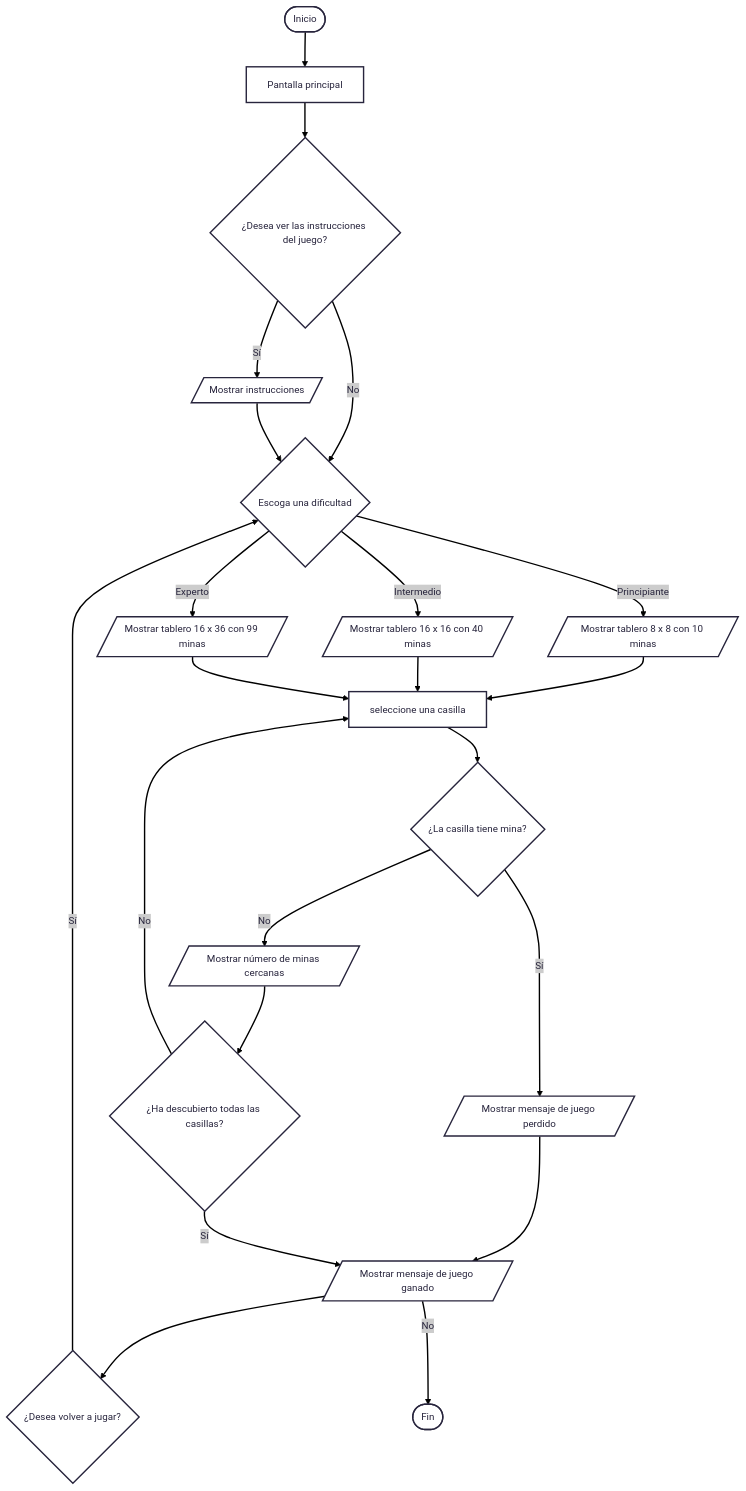
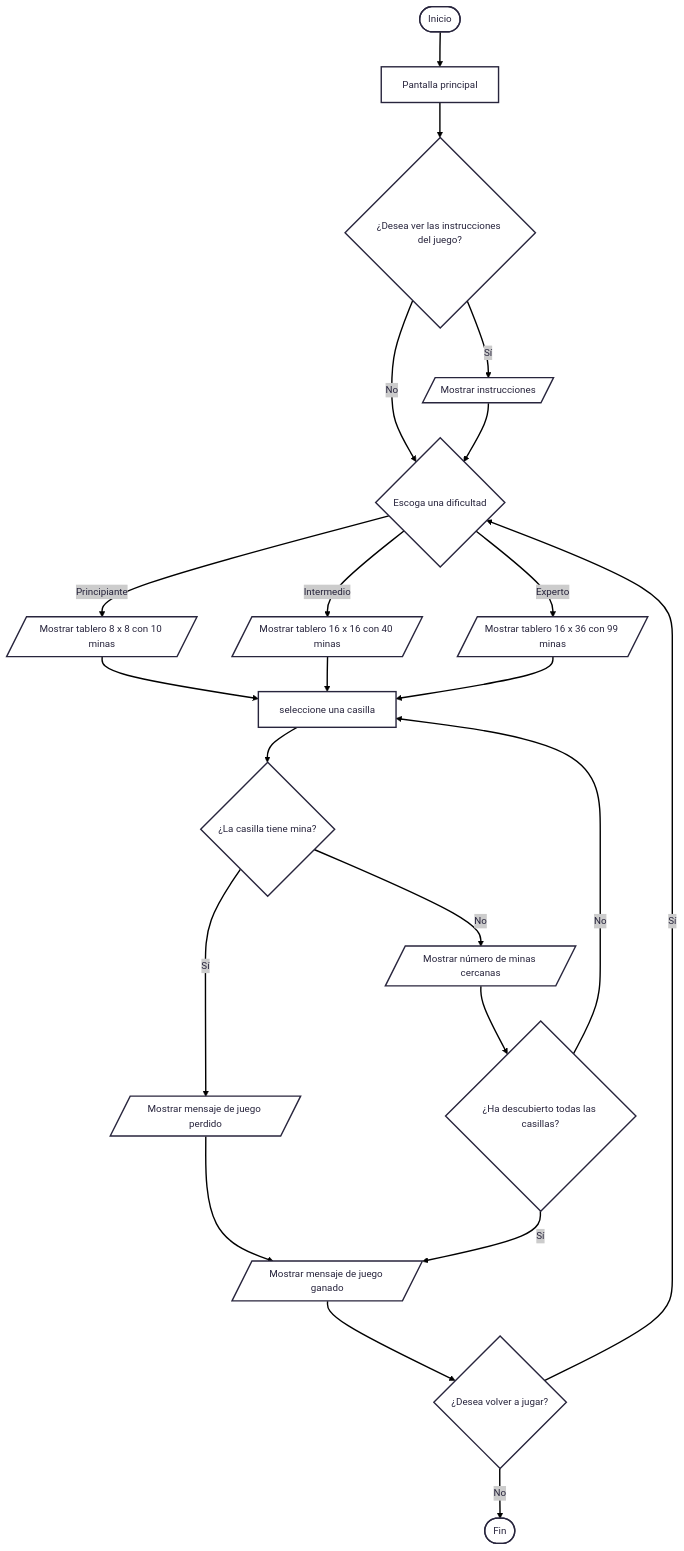
One commit to santiagorinconrodriguez/proyecto-codecraft-buscaminas changed the diagram in README.md. Above: the diagram before and after it, drawn with Mermaid.

````diff
--- a/README.md
+++ b/README.md
@@ -31,29 +31,29 @@
 ``` mermaid
 ---
 config:
   theme: redux
 ---
 
 flowchart TD
     A(["Inicio"]) --> B[Pantalla principal]
     B --> C{"¿Desea ver las instrucciones del juego?"}
     C -- Sí --> D[/Mostrar instrucciones/]
     C -- No --> F
     D --> F{"Escoga una dificultad"}
     F -- Principiante --> G[/Mostrar tablero 8 x 8 con 10 minas/]
     F -- Intermedio --> H[/Mostrar tablero 16 x 16 con 40 minas/]
     F -- Experto --> I[/Mostrar tablero 16 x 36 con 99 minas/]
     G --> J[seleccione una casilla]
     H --> J
     I --> J
     J --> K{"¿La casilla tiene mina?"}
     K -- Sí --> L[/Mostrar mensaje de juego perdido/]
     L --> O
     K -- No --> M[/Mostrar número de minas cercanas/]
     M --> N{"¿Ha descubierto todas las casillas?"}
     N -- No -->J
     N -- Sí --> O[/Mostrar mensaje de juego ganado/]
     O --> Q{"¿Desea volver a jugar?"}
     Q -- Sí -->F
-    O -- No --> P(["Fin"])
+    Q -- No --> P(["Fin"])
 ```
````
